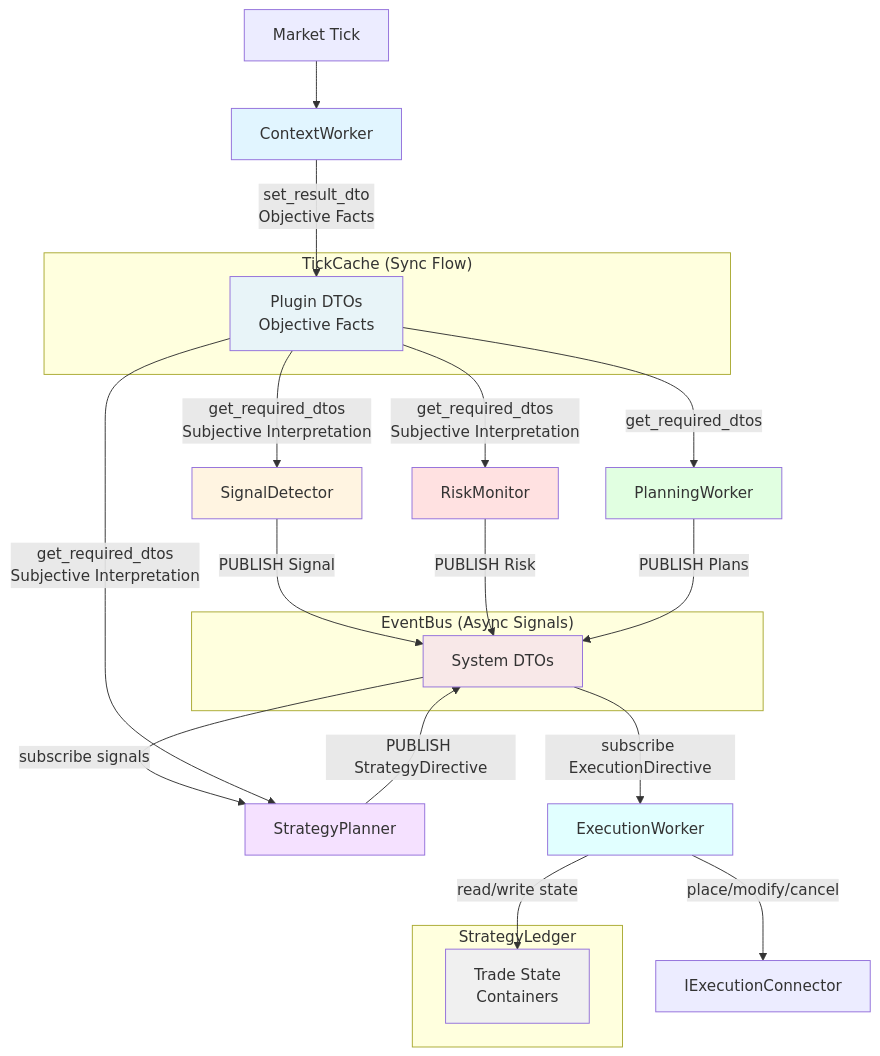
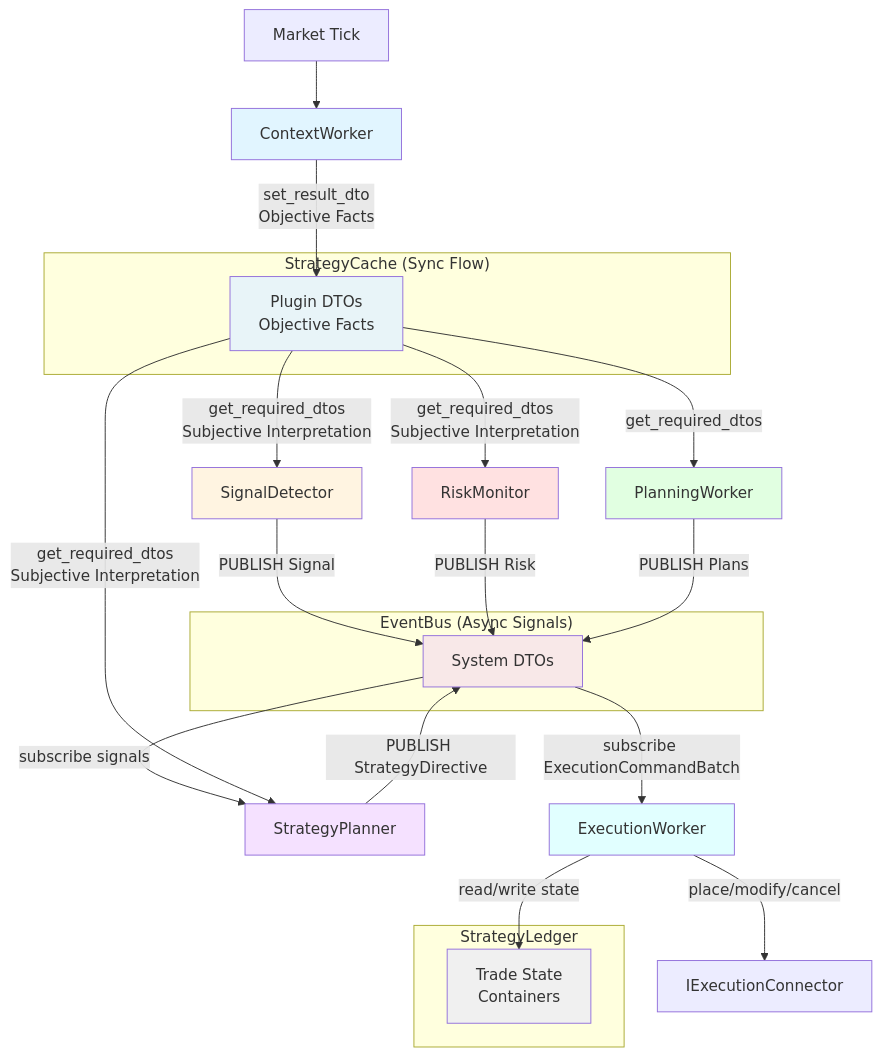
The diagram in docs/architecture/WORKER_TAXONOMY.md (MikeyVK/S1mpleTraderV3), drawn with Mermaid before and after one commit. The commit also changed other lines of this file and 29 other files, not shown here.

````diff
--- a/docs/architecture/WORKER_TAXONOMY.md
+++ b/docs/architecture/WORKER_TAXONOMY.md
@@ -13,52 +13,52 @@
 ```mermaid
 graph TB
     Tick[Market Tick]
     
-    subgraph TickCache["TickCache (Sync Flow)"]
+    subgraph StrategyCache["StrategyCache (Sync Flow)"]
         TC[Plugin DTOs<br/>Objective Facts]
     end
     
     subgraph EventBus["EventBus (Async Signals)"]
         EB[System DTOs]
     end
     
     subgraph Ledger["StrategyLedger"]
         SL[Trade State<br/>Containers]
     end
     
     CW[ContextWorker]
     OW[SignalDetector]
     TW[RiskMonitor]
     PW[PlanningWorker]
     SP[StrategyPlanner]
     EW[ExecutionWorker]
     
     Tick --> CW
     CW -->|set_result_dto<br/>Objective Facts| TC
     
     TC -->|get_required_dtos<br/>Subjective Interpretation| OW
     TC -->|get_required_dtos<br/>Subjective Interpretation| TW
     TC -->|get_required_dtos| PW
     
     OW -->|PUBLISH Signal| EB
     TW -->|PUBLISH Risk| EB
     PW -->|PUBLISH Plans| EB
     
     EB -->|subscribe signals| SP
     TC -->|get_required_dtos<br/>Subjective Interpretation| SP
     SP -->|PUBLISH StrategyDirective| EB
     
-    EB -->|subscribe ExecutionDirective| EW
+    EB -->|subscribe ExecutionCommandBatch| EW
     EW -->|read/write state| SL
     EW -->|place/modify/cancel| Connector[IExecutionConnector]
     
     style CW fill:#e1f5ff
     style OW fill:#fff4e1
     style TW fill:#ffe1e1
     style PW fill:#e1ffe1
     style SP fill:#f5e1ff
     style EW fill:#e1ffff
     style TC fill:#e8f4f8
     style EB fill:#f8e8e8
     style SL fill:#f0f0f0
 ```
````
